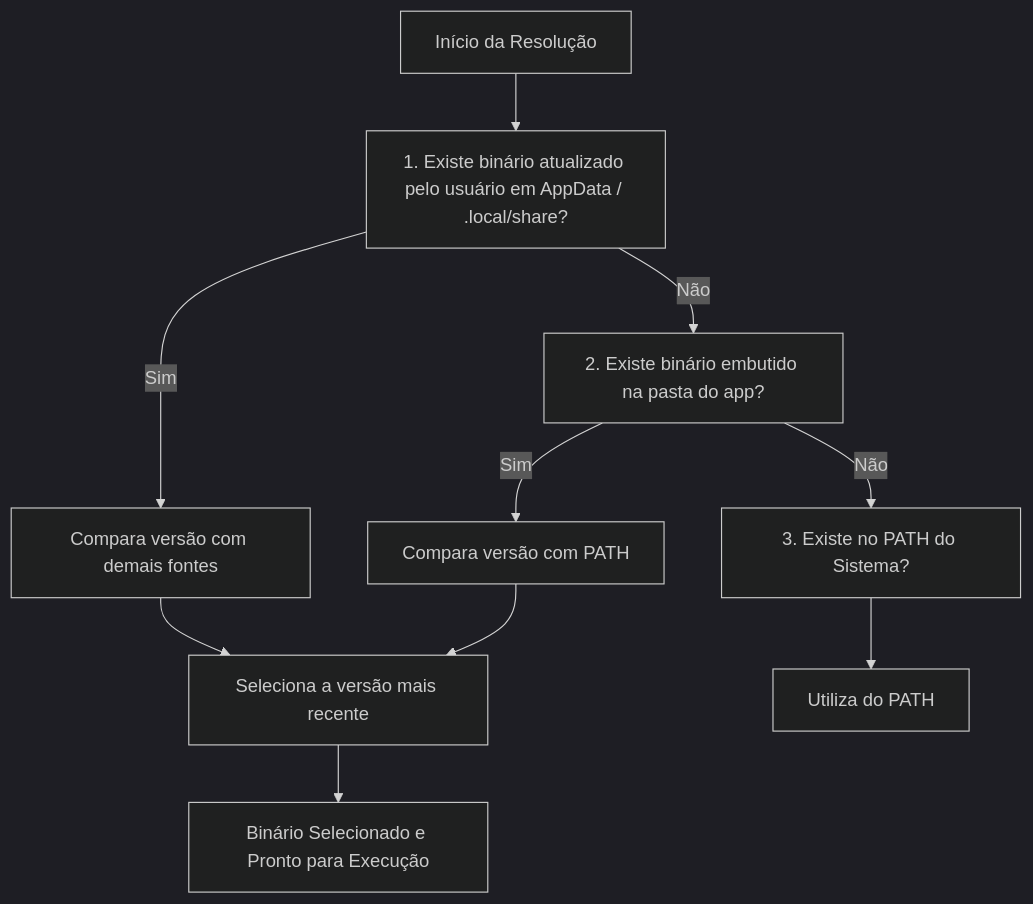
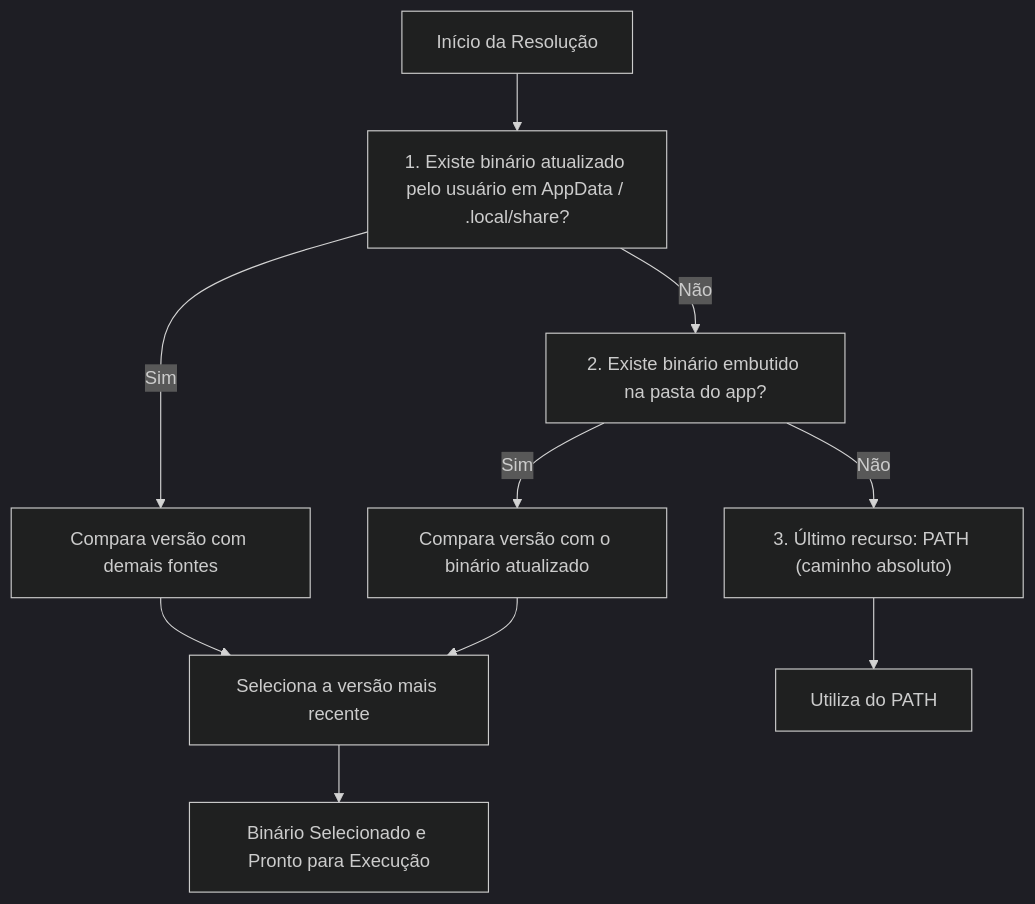
One commit to BadTonho/PrismDownloader changed the third of 3 diagrams in docs/pt/ARQUITETURA.md. Above: the diagram before and after it, drawn with Mermaid (dark theme). The commit also changed 5 other files, not shown here.

````diff
--- a/docs/pt/ARQUITETURA.md
+++ b/docs/pt/ARQUITETURA.md
@@ -133,12 +133,12 @@
 ```mermaid
 graph TD
     Start["Início da Resolução"] --> CheckUser["1. Existe binário atualizado pelo usuário em AppData / .local/share?"]
     CheckUser -- Sim --> CheckVer1["Compara versão com demais fontes"]
     CheckUser -- Não --> CheckBundled["2. Existe binário embutido na pasta do app?"]
-    CheckBundled -- Sim --> CheckVer2["Compara versão com PATH"]
-    CheckBundled -- Não --> CheckPath["3. Existe no PATH do Sistema?"]
+    CheckBundled -- Sim --> CheckVer2["Compara versão com o binário atualizado"]
+    CheckBundled -- Não --> CheckPath["3. Último recurso: PATH (caminho absoluto)"]
     CheckVer1 --> PickNewest["Seleciona a versão mais recente"]
     CheckVer2 --> PickNewest
     CheckPath --> UsePath["Utiliza do PATH"]
     PickNewest --> Ready["Binário Selecionado e Pronto para Execução"]
 ```
````
